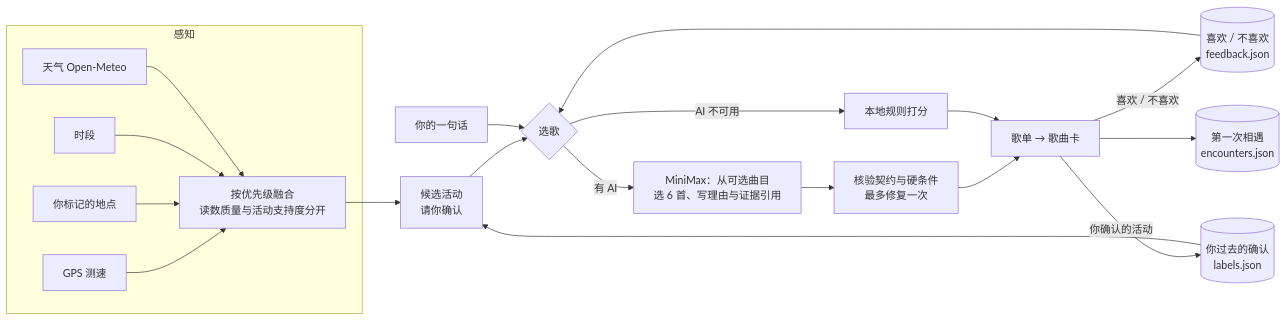
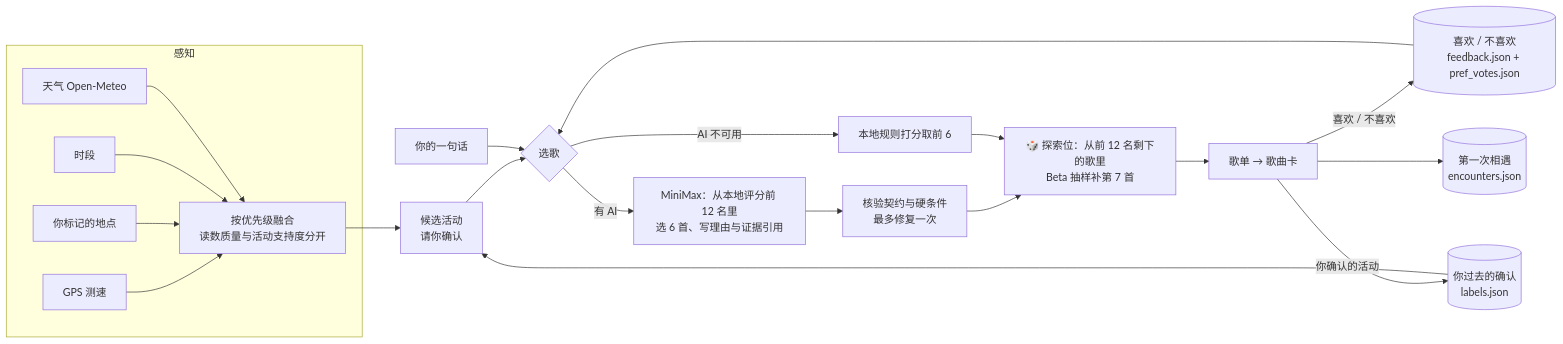
One commit to peterdlick-stack/agentic-app changed the second of 2 diagrams in README.md. Above: the diagram before and after it, drawn with Mermaid. The commit also changed other lines of this file, not shown here.

Commit message:
docs(README): 同步 0.4.0 现状（card-host 路径、偏好学习/探索位、节奏密度、仓库结构）

````diff
--- a/README.md
+++ b/README.md
@@ -248,21 +248,22 @@
 ```mermaid
 flowchart LR
   subgraph 感知
     G[GPS 测速] --> F
     P[你标记的地点] --> F
     T[时段] --> F
     W[天气 Open-Meteo] --> F
   end
   L[(你过去的确认<br/>labels.json)] --> C
   F[按优先级融合<br/>读数质量与活动支持度分开] --> C[候选活动<br/>请你确认]
   C --> R{选歌}
   U[你的一句话] --> R
-  B[(喜欢 / 不喜欢<br/>feedback.json)] --> R
-  R -->|有 AI| A[MiniMax：从可选曲目<br/>选 6 首、写理由与证据引用] --> V[核验契约与硬条件<br/>最多修复一次]
-  R -->|AI 不可用| N[本地规则打分]
-  V --> S[歌单 → 歌曲卡]
-  N --> S
+  B[(喜欢 / 不喜欢<br/>feedback.json + pref_votes.json)] --> R
+  R -->|有 AI| A[MiniMax：从本地评分前 12 名里<br/>选 6 首、写理由与证据引用] --> V[核验契约与硬条件<br/>最多修复一次]
+  R -->|AI 不可用| N[本地规则打分取前 6]
+  V --> X[🎲 探索位：从前 12 名剩下的歌里<br/>Beta 抽样补第 7 首]
+  N --> X
+  X --> S[歌单 → 歌曲卡]
   S -->|喜欢 / 不喜欢| B
   S -->|你确认的活动| L
   S --> E[(第一次相遇<br/>encounters.json)]
 ```
````
